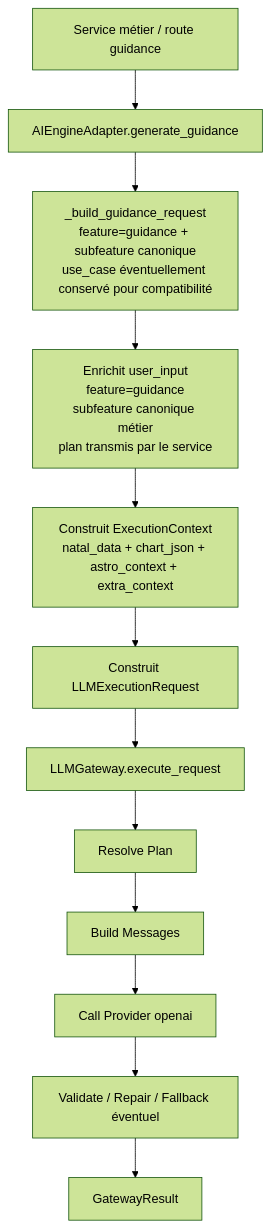
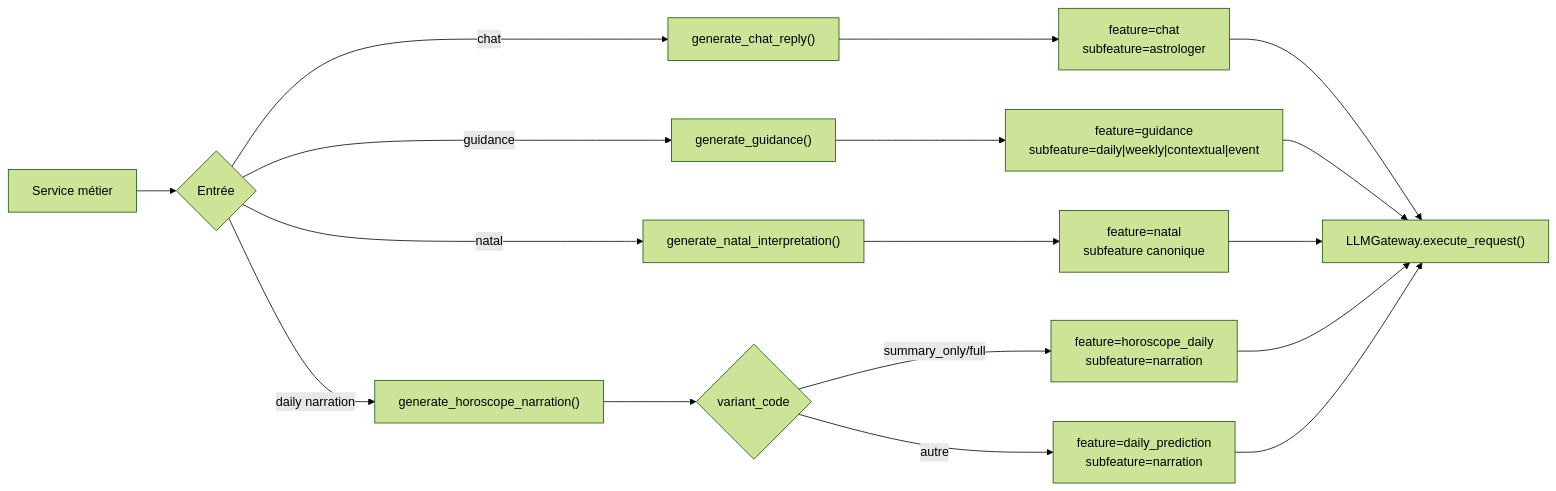
The second of 6 diagrams in docs/llm-prompt-generation-by-feature.md (daconrilcy/horoscope_front), drawn with Mermaid (forest theme) before and after one commit. The commit also changed other lines of this file and 32 other files, not shown here.

````diff
--- a/docs/llm-prompt-generation-by-feature.md
+++ b/docs/llm-prompt-generation-by-feature.md
@@ -210,14 +134,21 @@
 ```mermaid
-flowchart TD
-    A["Service métier / route guidance"] --> B["AIEngineAdapter.generate_guidance"]
-    B --> C["_build_guidance_request<br/>feature=guidance + subfeature canonique<br/>use_case éventuellement conservé pour compatibilité"]
-    C --> D["Enrichit user_input<br/>feature=guidance<br/>subfeature canonique métier<br/>plan transmis par le service"]
-    D --> E["Construit ExecutionContext<br/>natal_data + chart_json + astro_context + extra_context"]
-    E --> F["Construit LLMExecutionRequest"]
-    F --> G["LLMGateway.execute_request"]
-    G --> H["Resolve Plan"]
-    H --> I["Build Messages"]
-    I --> J["Call Provider openai"]
-    J --> K["Validate / Repair / Fallback éventuel"]
-    K --> L["GatewayResult"]
+flowchart LR
+    A["Service métier"] --> B{"Entrée"}
+    B -->|chat| C["generate_chat_reply()"]
+    B -->|guidance| D["generate_guidance()"]
+    B -->|natal| E["generate_natal_interpretation()"]
+    B -->|daily narration| F["generate_horoscope_narration()"]
+
+    C --> G["feature=chat<br/>subfeature=astrologer"]
+    D --> H["feature=guidance<br/>subfeature=daily|weekly|contextual|event"]
+    E --> I["feature=natal<br/>subfeature canonique"]
+    F --> J{"variant_code"}
+    J -->|summary_only/full| K["feature=horoscope_daily<br/>subfeature=narration"]
+    J -->|autre| L["feature=daily_prediction<br/>subfeature=narration"]
+
+    G --> M["LLMGateway.execute_request()"]
+    H --> M
+    I --> M
+    K --> M
+    L --> M
 ```
````
